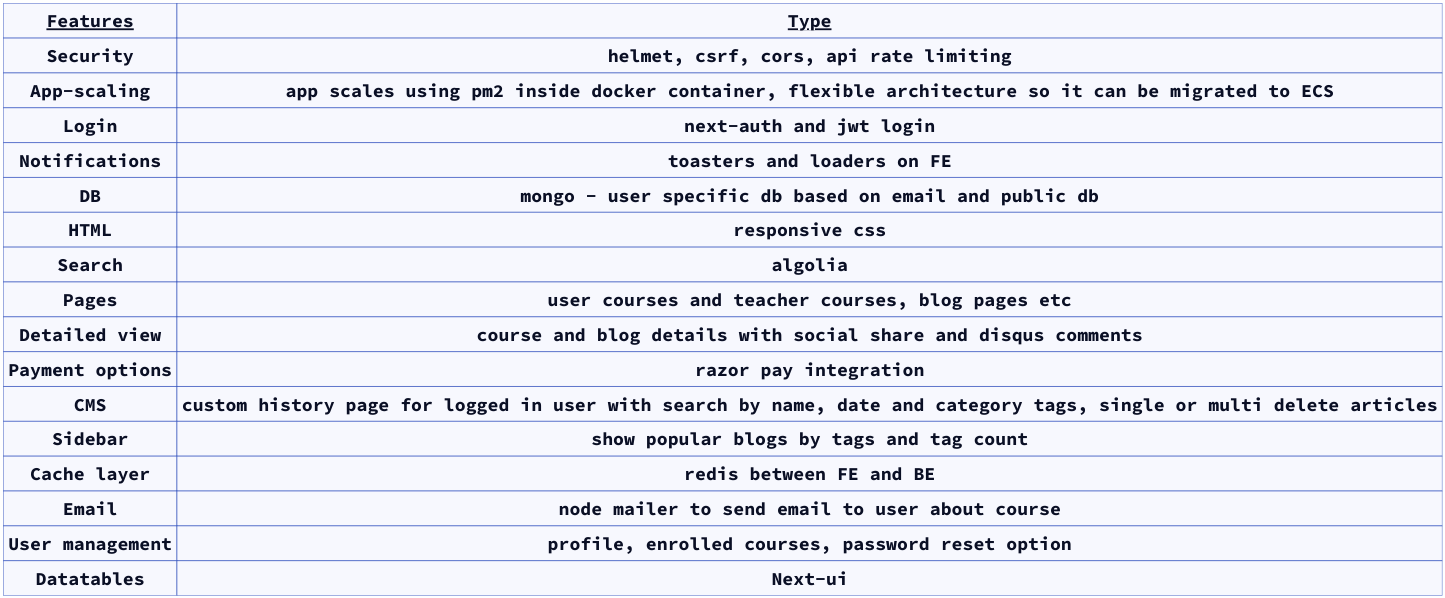
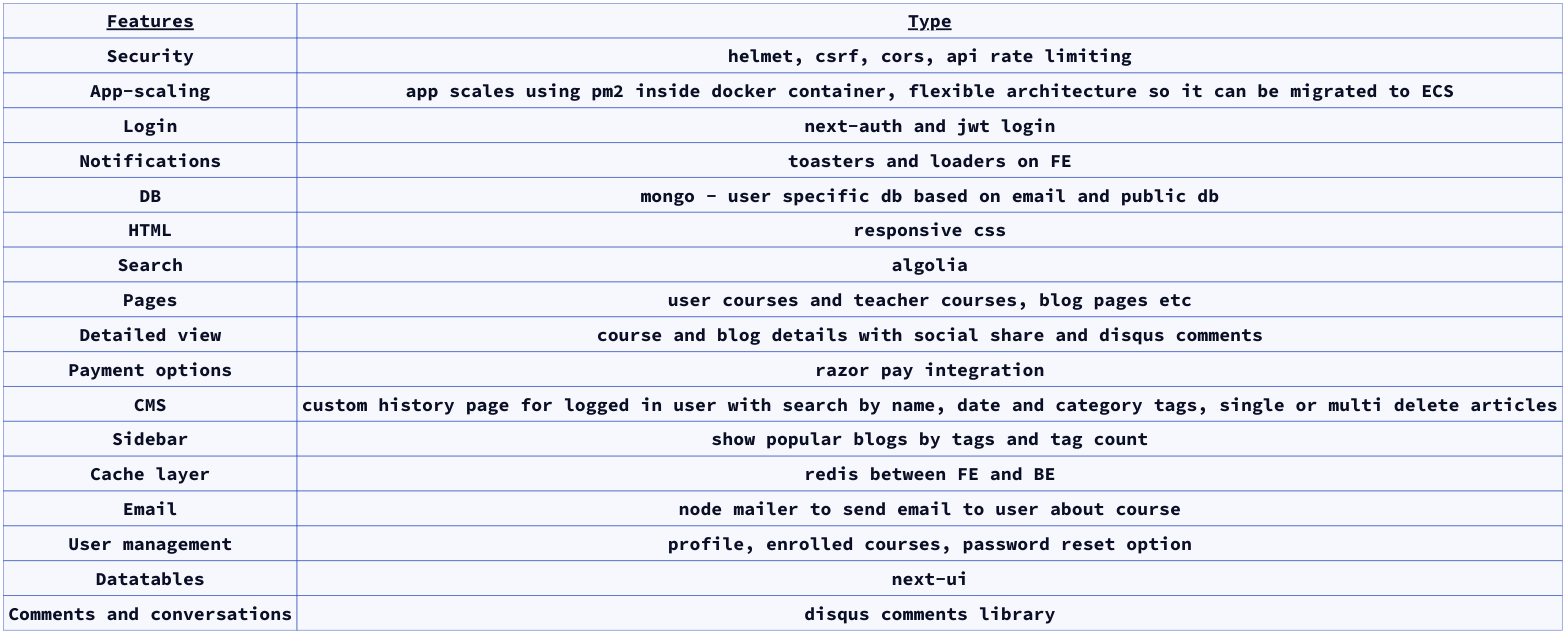
Before and after one commit to whatsnxt-org/whatsnxt-app-architecture: the diagram in features.d2, drawn with D2.

```diff
--- a/features.d2
+++ b/features.d2
@@ -1,66 +1,70 @@
 # Specified so that objects are written in row-dominant order
 grid-rows: 2
 grid-columns: 2
 grid-gap: 0
 
 classes: {
   header: {
     style.underline: true
   }
 }
 
 Features.class: header
 Type.class: header
 
 Security
 helmet, csrf, cors, api rate limiting
 
 App-scaling
 app scales using pm2 inside docker container, flexible architecture so it can be migrated to ECS
 
 Login
 next-auth and jwt login
 
 Notifications
 toasters and loaders on FE
 
 DB
 mongo - user specific db based on email and public db
 
 HTML
 responsive css
 
 Search
 algolia
 
 Pages
 user courses and teacher courses, blog pages etc
 
 Detailed view
 course and blog details with social share and disqus comments
 
 Payment options
 razor pay integration
 
 CMS
 custom history page for logged in user with search by name, date and category tags, single or multi delete articles
 
 Sidebar
 show popular blogs by tags and tag count
 
 Cache layer
 redis between FE and BE
 
 Email
 node mailer to send email to user about course
 
 User management
 profile, enrolled courses, password reset option
 
 Datatables
-Next-ui
+next-ui
+
+Comments and conversations
+disqus comments library
+
 
 *: {
   style.font-size: 70
   style.font: mono
 }
```
